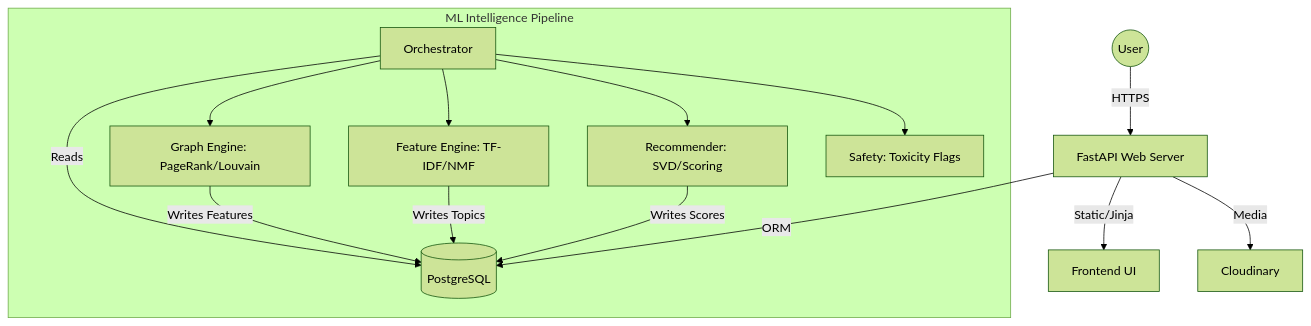
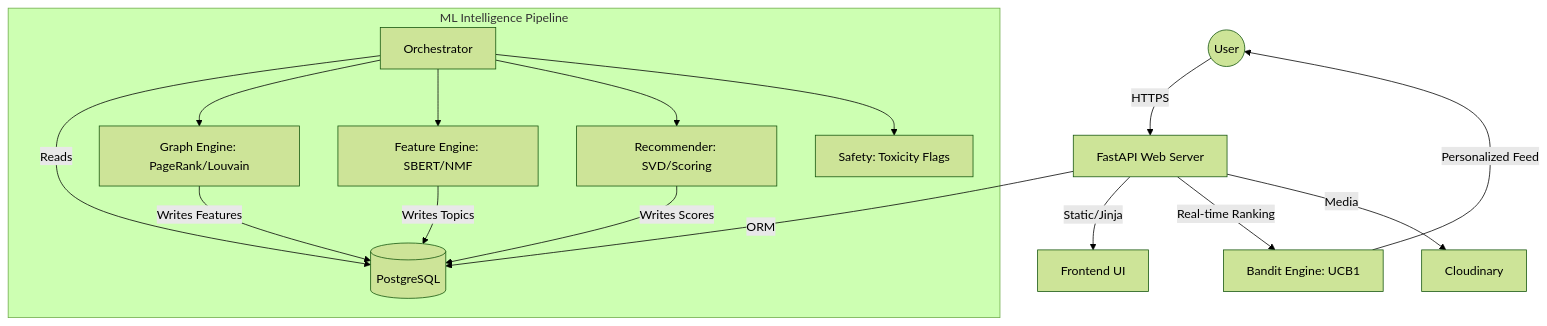
The diagram in README.md (kamaleshpantra/strangestreet), drawn with Mermaid (forest theme) before and after one commit. The commit also changed other lines of this file, not shown here.

Commit message:
docs: add Reinforcement Learning (UCB1) to README

````diff
--- a/README.md
+++ b/README.md
@@ -68,19 +69,22 @@
 ```mermaid
 graph TD
     User((User)) -->|HTTPS| Web[FastAPI Web Server]
     Web -->|ORM| DB[(PostgreSQL)]
     Web -->|Static/Jinja| UI[Frontend UI]
     
     subgraph "ML Intelligence Pipeline"
         ML[Orchestrator] -->|Reads| DB
         ML --> Graph[Graph Engine: PageRank/Louvain]
-        ML --> NLP[Feature Engine: TF-IDF/NMF]
+        ML --> NLP[Feature Engine: SBERT/NMF]
         ML --> Rec[Recommender: SVD/Scoring]
         ML --> Safety[Safety: Toxicity Flags]
         Graph -->|Writes Features| DB
         NLP -->|Writes Topics| DB
         Rec -->|Writes Scores| DB
     end
+
+    Web -->|Real-time Ranking| Bandit[Bandit Engine: UCB1]
+    Bandit -->|Personalized Feed| User
     
     Web -->|Media| Cloud[Cloudinary]
 ```
````
